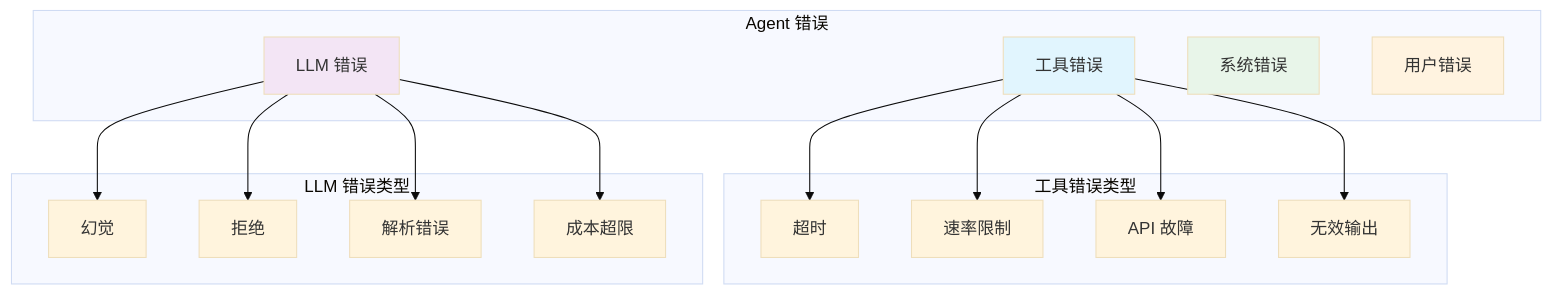
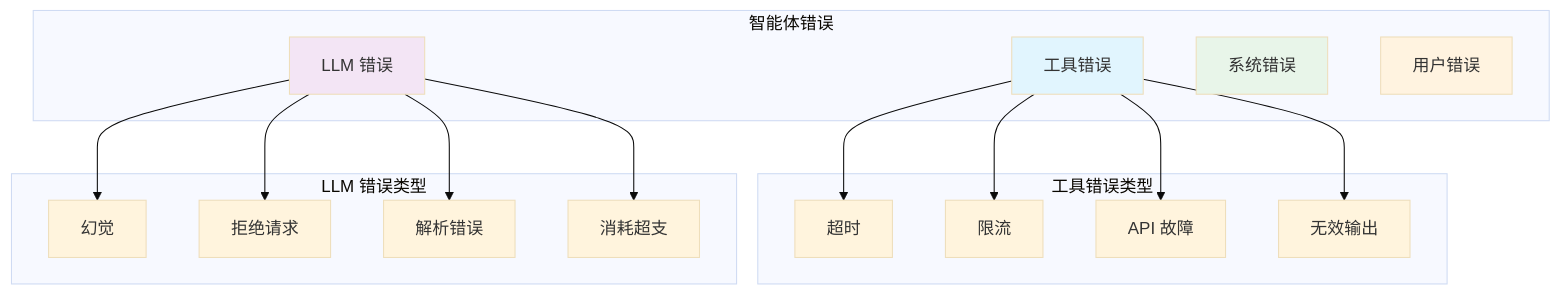
One commit to YiWang24/AiDIY changed the diagram in i18n/zh-Hans/docusaurus-plugin-content-docs/current/ai/harness-engineering/error-handling.mdx. Above: the diagram before and after it, drawn with Mermaid (base theme). The commit also changed other lines of this file and 59 other files, not shown here.

````diff
--- a/i18n/zh-Hans/docusaurus-plugin-content-docs/current/ai/harness-engineering/error-handling.mdx
+++ b/i18n/zh-Hans/docusaurus-plugin-content-docs/current/ai/harness-engineering/error-handling.mdx
@@ -20,38 +20,38 @@
 ```mermaid
 flowchart TB
-    subgraph Errors["Agent 错误"]
+    subgraph Errors["智能体错误"]
         T[工具错误]
         L[LLM 错误]
         S[系统错误]
         U[用户错误]
     end
 
     subgraph ToolErrors["工具错误类型"]
         TE1[超时]
-        TE2[速率限制]
+        TE2[限流]
         TE3[API 故障]
         TE4[无效输出]
     end
 
     subgraph LLMErrors["LLM 错误类型"]
         LE1[幻觉]
-        LE2[拒绝]
+        LE2[拒绝请求]
         LE3[解析错误]
-        LE4[成本超限]
+        LE4[消耗超支]
     end
 
     T --> TE1
     T --> TE2
     T --> TE3
     T --> TE4
 
     L --> LE1
     L --> LE2
     L --> LE3
     L --> LE4
 
     style T fill:#e1f5fe
     style L fill:#f3e5f5
     style S fill:#e8f5e9
     style U fill:#fff3e0
 ```
````
